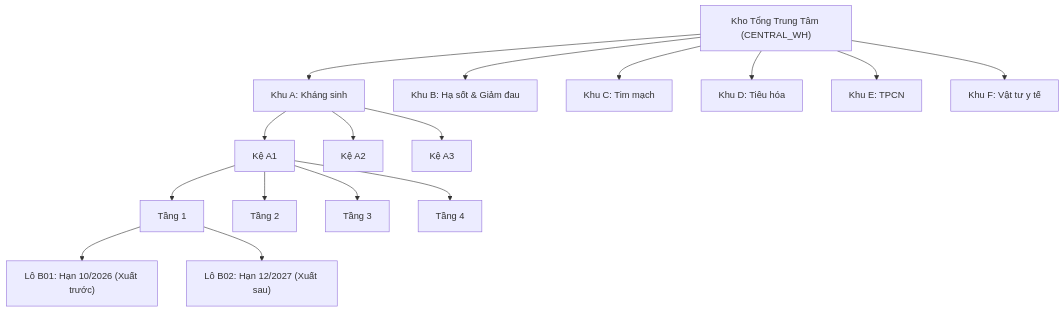
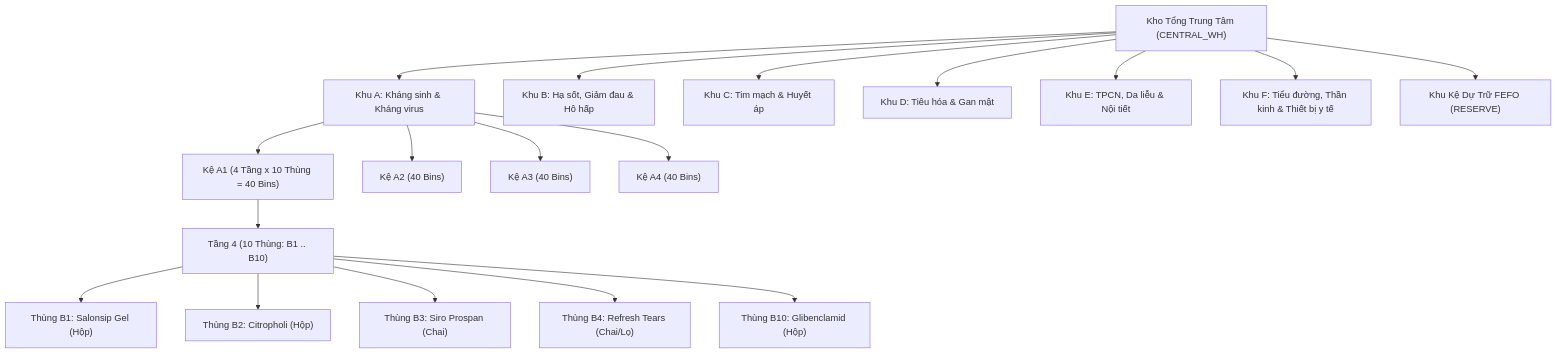
Before and after one commit to SEP490-Team3-FA26/SEP490-SE06: the diagram in docs/SO_DO_KHO_LOGIC_VA_CHUC_NANG.md, drawn with Mermaid. The commit also changed other lines of this file, not shown here.

First line of the commit message:
docs(warehouse): update GSP warehouse logic, 10-bin architecture, and audit verification

````diff
--- a/docs/SO_DO_KHO_LOGIC_VA_CHUC_NANG.md
+++ b/docs/SO_DO_KHO_LOGIC_VA_CHUC_NANG.md
@@ -18,22 +20,23 @@
 ```mermaid
 graph TD
     WH["Kho Tổng Trung Tâm (CENTRAL_WH)"]
-    WH --> ZA["Khu A: Kháng sinh"]
-    WH --> ZB["Khu B: Hạ sốt & Giảm đau"]
-    WH --> ZC["Khu C: Tim mạch"]
-    WH --> ZD["Khu D: Tiêu hóa"]
-    WH --> ZE["Khu E: TPCN"]
-    WH --> ZF["Khu F: Vật tư y tế"]
+    WH --> ZA["Khu A: Kháng sinh & Kháng virus"]
+    WH --> ZB["Khu B: Hạ sốt, Giảm đau & Hô hấp"]
+    WH --> ZC["Khu C: Tim mạch & Huyết áp"]
+    WH --> ZD["Khu D: Tiêu hóa & Gan mật"]
+    WH --> ZE["Khu E: TPCN, Da liễu & Nội tiết"]
+    WH --> ZF["Khu F: Tiểu đường, Thần kinh & Thiết bị y tế"]
+    WH --> ZR["Khu Kệ Dự Trữ FEFO (RESERVE)"]
 
-    ZA --> R1["Kệ A1"]
-    ZA --> R2["Kệ A2"]
-    ZA --> R3["Kệ A3"]
+    ZA --> R1["Kệ A1 (4 Tầng x 10 Thùng = 40 Bins)"]
+    ZA --> R2["Kệ A2 (40 Bins)"]
+    ZA --> R3["Kệ A3 (40 Bins)"]
+    ZA --> R4["Kệ A4 (40 Bins)"]
 
-    R1 --> S1["Tầng 1"]
-    R1 --> S2["Tầng 2"]
-    R1 --> S3["Tầng 3"]
-    R1 --> S4["Tầng 4"]
-
-    S1 --> B1["Lô B01: Hạn 10/2026 (Xuất trước)"]
-    S1 --> B2["Lô B02: Hạn 12/2027 (Xuất sau)"]
+    R1 --> S4["Tầng 4 (10 Thùng: B1 .. B10)"]
+    S4 --> B1["Thùng B1: Salonsip Gel (Hộp)"]
+    S4 --> B2["Thùng B2: Citropholi (Hộp)"]
+    S4 --> B3["Thùng B3: Siro Prospan (Chai)"]
+    S4 --> B4["Thùng B4: Refresh Tears (Chai/Lọ)"]
+    S4 --> B10["Thùng B10: Glibenclamid (Hộp)"]
 ```
````
